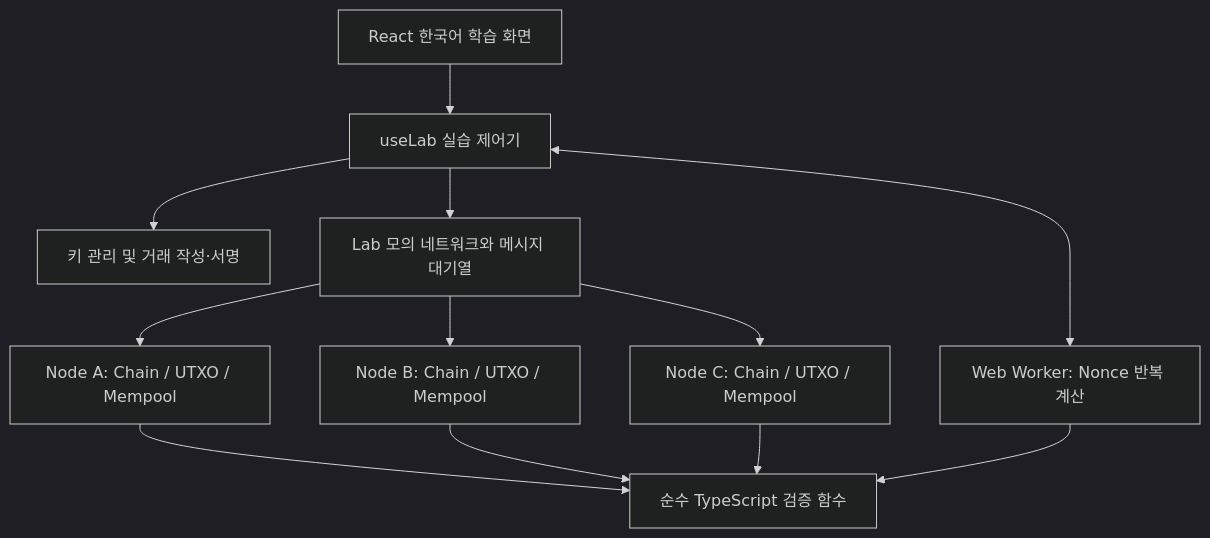
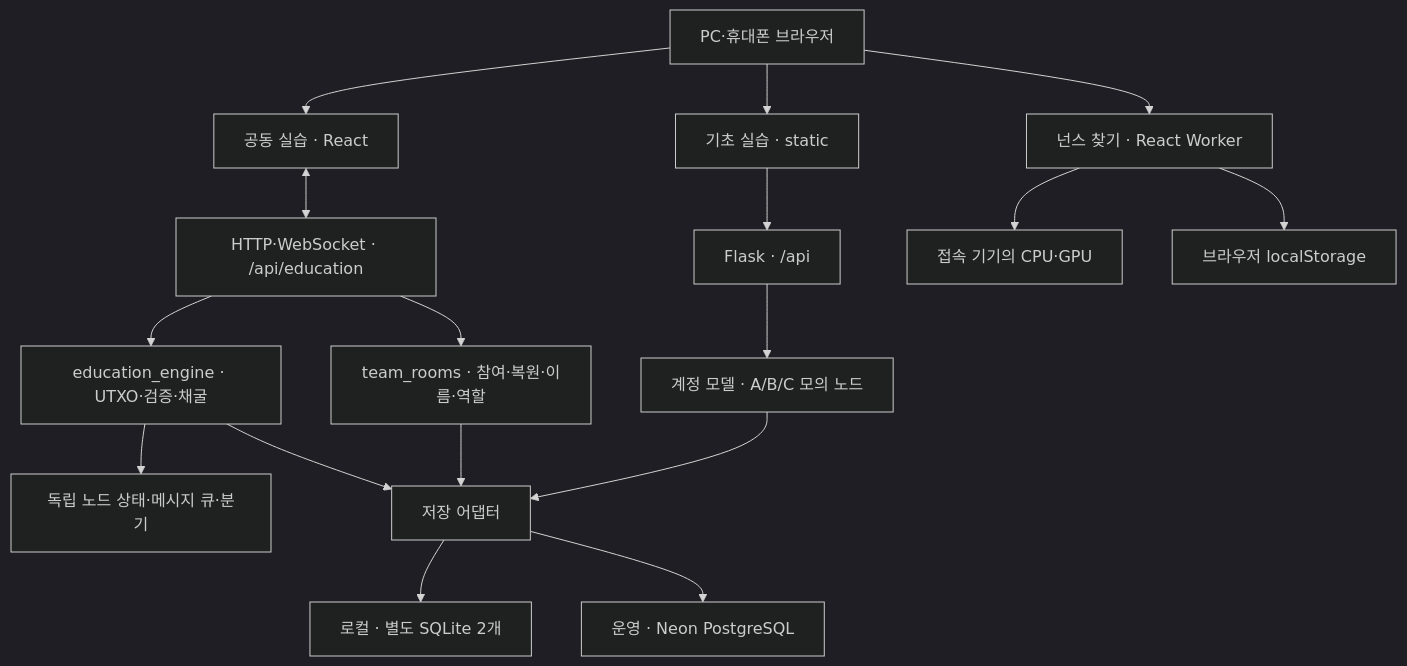
One commit to jiho6367-design/mini-bitcoin-education changed the diagram in docs/architecture.md. Above: the diagram before and after it, drawn with Mermaid (dark theme). The commit also changed other lines of this file and 51 other files, not shown here.

Commit message:
docs: refresh all team app guides and archive personal model history

````diff
--- a/docs/architecture.md
+++ b/docs/architecture.md
@@ -5,14 +16,19 @@
 ```mermaid
 flowchart TD
-  UI[React 한국어 학습 화면] --> Controller[useLab 실습 제어기]
-  Controller --> Wallet[키 관리 및 거래 작성·서명]
-  Controller --> Lab[Lab 모의 네트워크와 메시지 대기열]
-  Lab --> A[Node A: Chain / UTXO / Mempool]
-  Lab --> B[Node B: Chain / UTXO / Mempool]
-  Lab --> C[Node C: Chain / UTXO / Mempool]
-  Controller <--> Worker[Web Worker: Nonce 반복 계산]
-  A --> Core[순수 TypeScript 검증 함수]
-  B --> Core
-  C --> Core
-  Worker --> Core
+  Browser[PC·휴대폰 브라우저] --> Basic[기초 실습 · static]
+  Browser --> Shared[공동 실습 · React]
+  Browser --> Nonce[넌스 찾기 · React Worker]
+  Basic --> API[Flask · /api]
+  Shared <--> Transport[HTTP·WebSocket · /api/education]
+  API --> Account[계정 모델 · A/B/C 모의 노드]
+  Transport --> Engine[education_engine · UTXO·검증·채굴]
+  Transport --> Rooms[team_rooms · 참여·복원·이름·역할]
+  Engine --> Sim[독립 노드 상태·메시지 큐·분기]
+  Account --> Store[저장 어댑터]
+  Rooms --> Store
+  Engine --> Store
+  Store --> SQLite[로컬 · 별도 SQLite 2개]
+  Store --> Postgres[운영 · Neon PostgreSQL]
+  Nonce --> Device[접속 기기의 CPU·GPU]
+  Nonce --> History[브라우저 localStorage]
 ```
````
